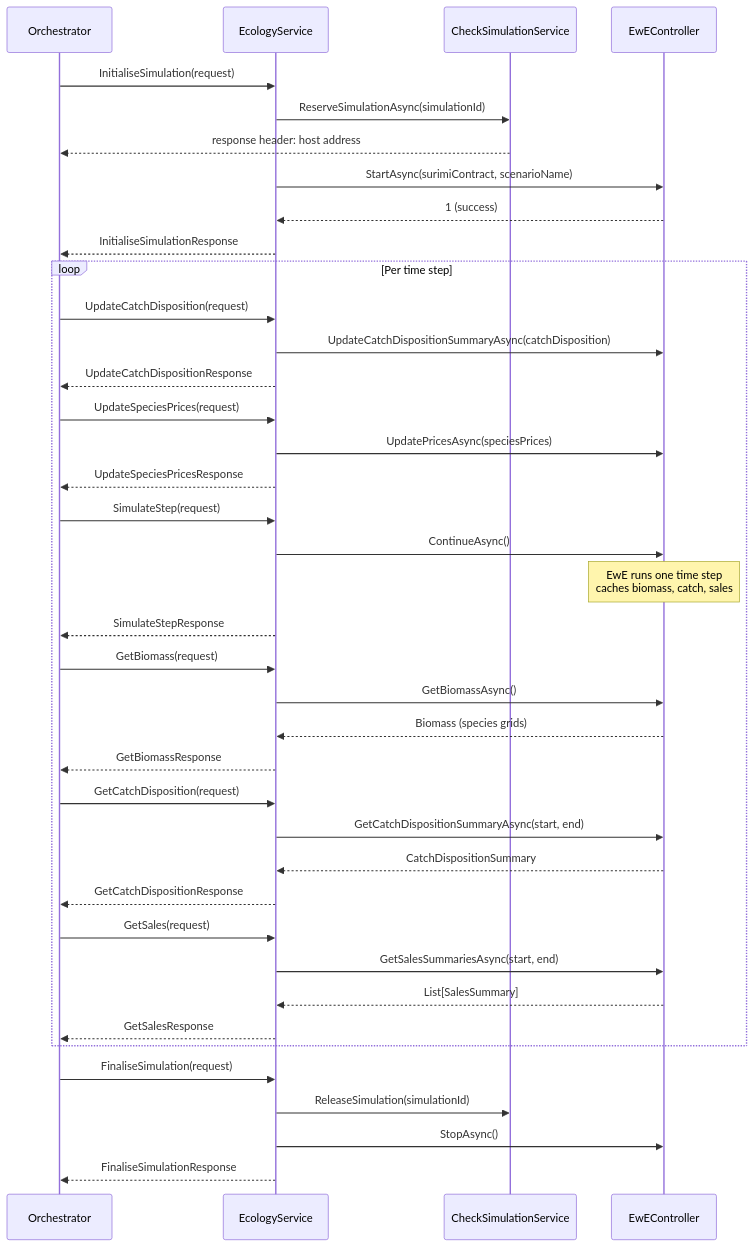
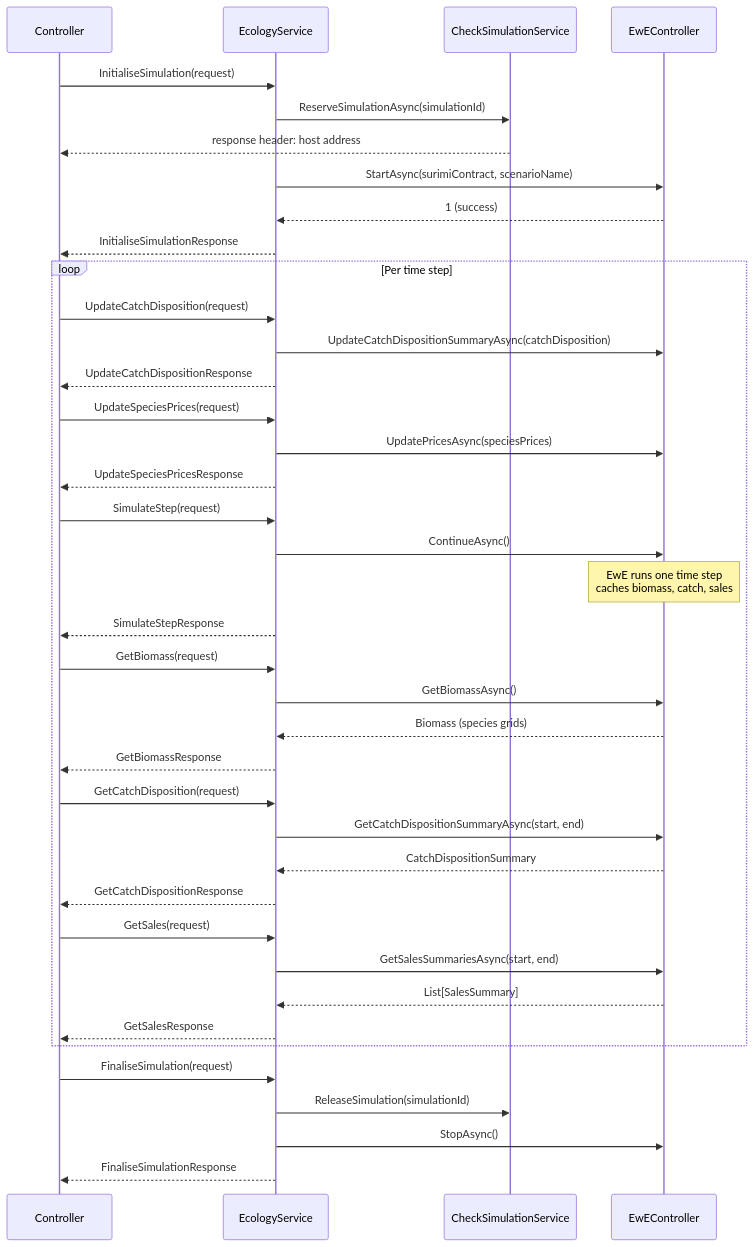
The third of 3 diagrams in EcologyService_architecture.md (SURIMI-Project/SURIMI-Ecopath), drawn with Mermaid before and after one commit. The commit also changed other lines of this file, not shown here.

````diff
--- a/EcologyService_architecture.md
+++ b/EcologyService_architecture.md
@@ -116,49 +148,49 @@
 ```mermaid
 sequenceDiagram
-    participant O as Orchestrator
+    participant O as Controller
     participant ES as EcologyService
     participant CSS as CheckSimulationService
     participant EWE as EwEController
 
     O->>ES: InitialiseSimulation(request)
     ES->>CSS: ReserveSimulationAsync(simulationId)
     CSS-->>O: response header: host address
     ES->>EWE: StartAsync(surimiContract, scenarioName)
     EWE-->>ES: 1 (success)
     ES-->>O: InitialiseSimulationResponse
 
     loop Per time step
         O->>ES: UpdateCatchDisposition(request)
         ES->>EWE: UpdateCatchDispositionSummaryAsync(catchDisposition)
         ES-->>O: UpdateCatchDispositionResponse
 
         O->>ES: UpdateSpeciesPrices(request)
         ES->>EWE: UpdatePricesAsync(speciesPrices)
         ES-->>O: UpdateSpeciesPricesResponse
 
         O->>ES: SimulateStep(request)
         ES->>EWE: ContinueAsync()
         note over EWE: EwE runs one time step<br/>caches biomass, catch, sales
         ES-->>O: SimulateStepResponse
 
         O->>ES: GetBiomass(request)
         ES->>EWE: GetBiomassAsync()
         EWE-->>ES: Biomass (species grids)
         ES-->>O: GetBiomassResponse
 
         O->>ES: GetCatchDisposition(request)
         ES->>EWE: GetCatchDispositionSummaryAsync(start, end)
         EWE-->>ES: CatchDispositionSummary
         ES-->>O: GetCatchDispositionResponse
 
         O->>ES: GetSales(request)
         ES->>EWE: GetSalesSummariesAsync(start, end)
         EWE-->>ES: List[SalesSummary]
         ES-->>O: GetSalesResponse
     end
 
     O->>ES: FinaliseSimulation(request)
     ES->>CSS: ReleaseSimulation(simulationId)
     ES->>EWE: StopAsync()
     ES-->>O: FinaliseSimulationResponse
 ```
````
